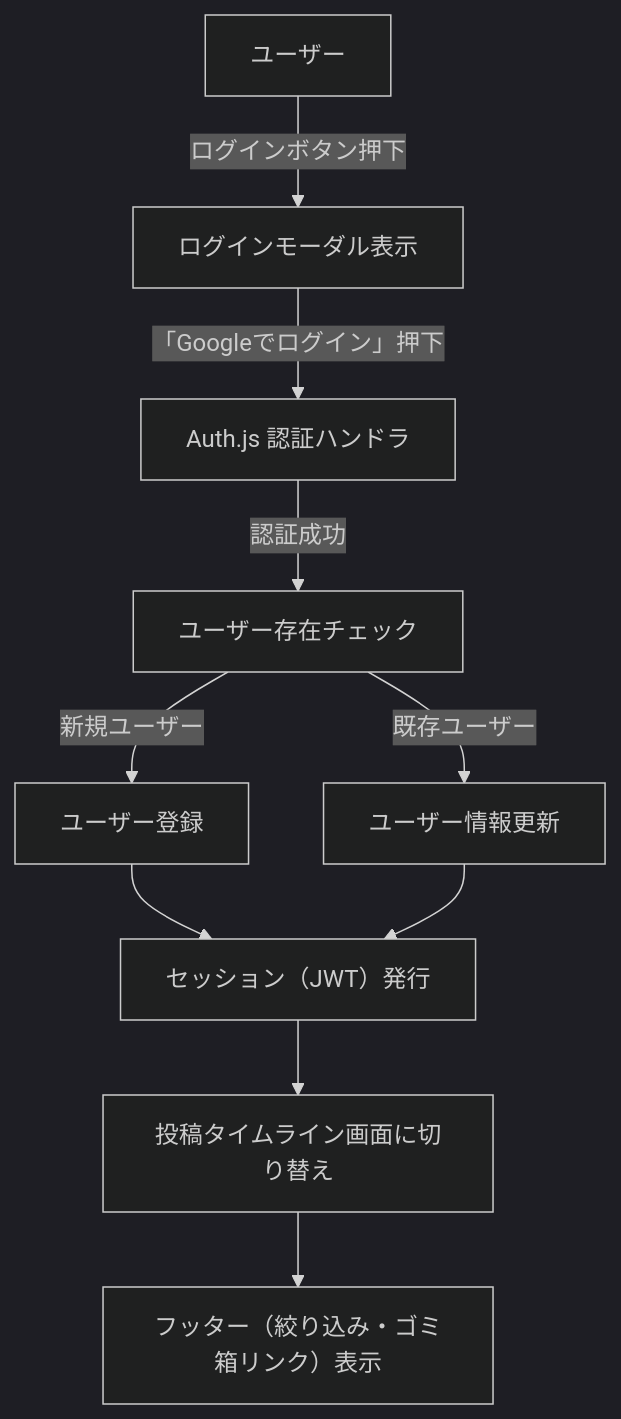
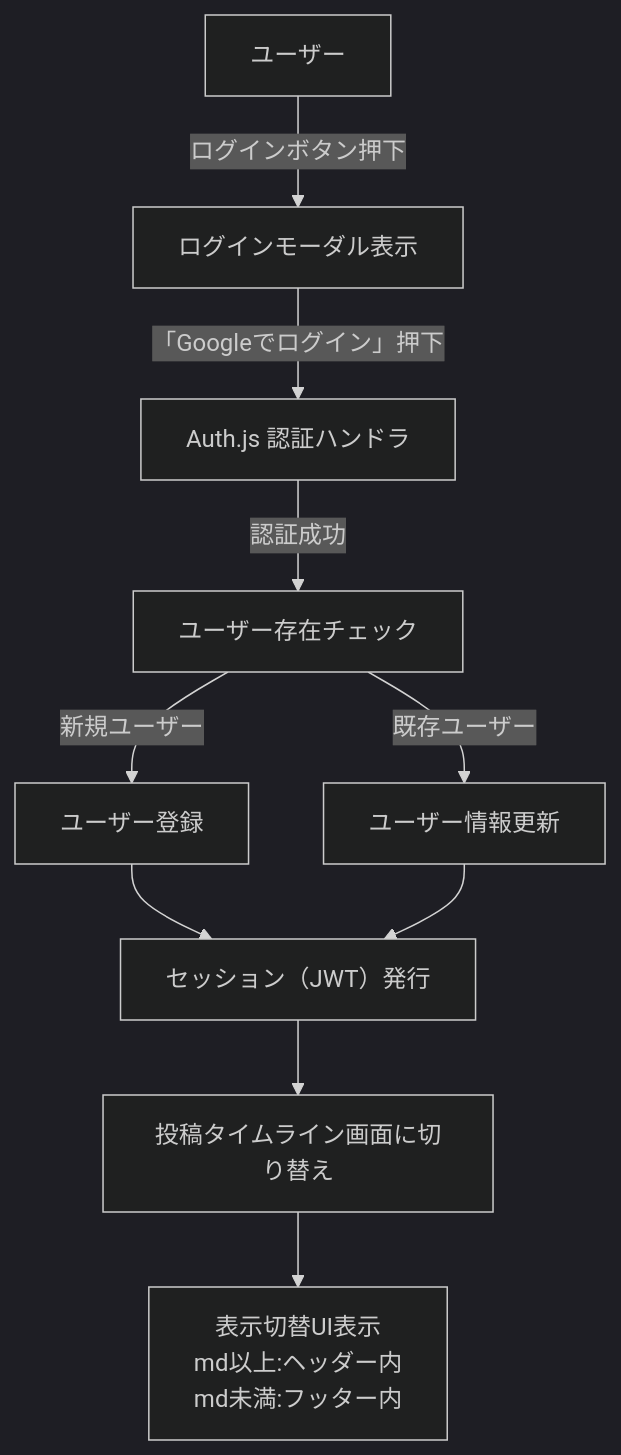
The diagram in docs/03. 設計書.md (kouichi-hoshi/mono-log7), drawn with Mermaid (dark theme) before and after one commit. The commit also changed other lines of this file, not shown here.

````diff
--- a/docs/03. 設計書.md
+++ b/docs/03. 設計書.md
@@ -381,12 +409,12 @@
 ```mermaid
 flowchart TD
   U[ユーザー] -->|ログインボタン押下| LoginModal[ログインモーダル表示]
   LoginModal -->|「Googleでログイン」押下| AuthJS[Auth.js 認証ハンドラ]
   AuthJS -->|認証成功| CheckUser[ユーザー存在チェック]
   CheckUser -->|新規ユーザー| CreateUser[ユーザー登録]
   CheckUser -->|既存ユーザー| UpdateUser[ユーザー情報更新]
   CreateUser --> Session[セッション（JWT）発行]
   UpdateUser --> Session
   Session --> UIUpdate[投稿タイムライン画面に切り替え]
-  UIUpdate --> FooterShow[フッター（絞り込み・ゴミ箱リンク）表示]
+  UIUpdate --> NavShow[表示切替UI表示<br/>md以上:ヘッダー内<br/>md未満:フッター内]
 ```
````
